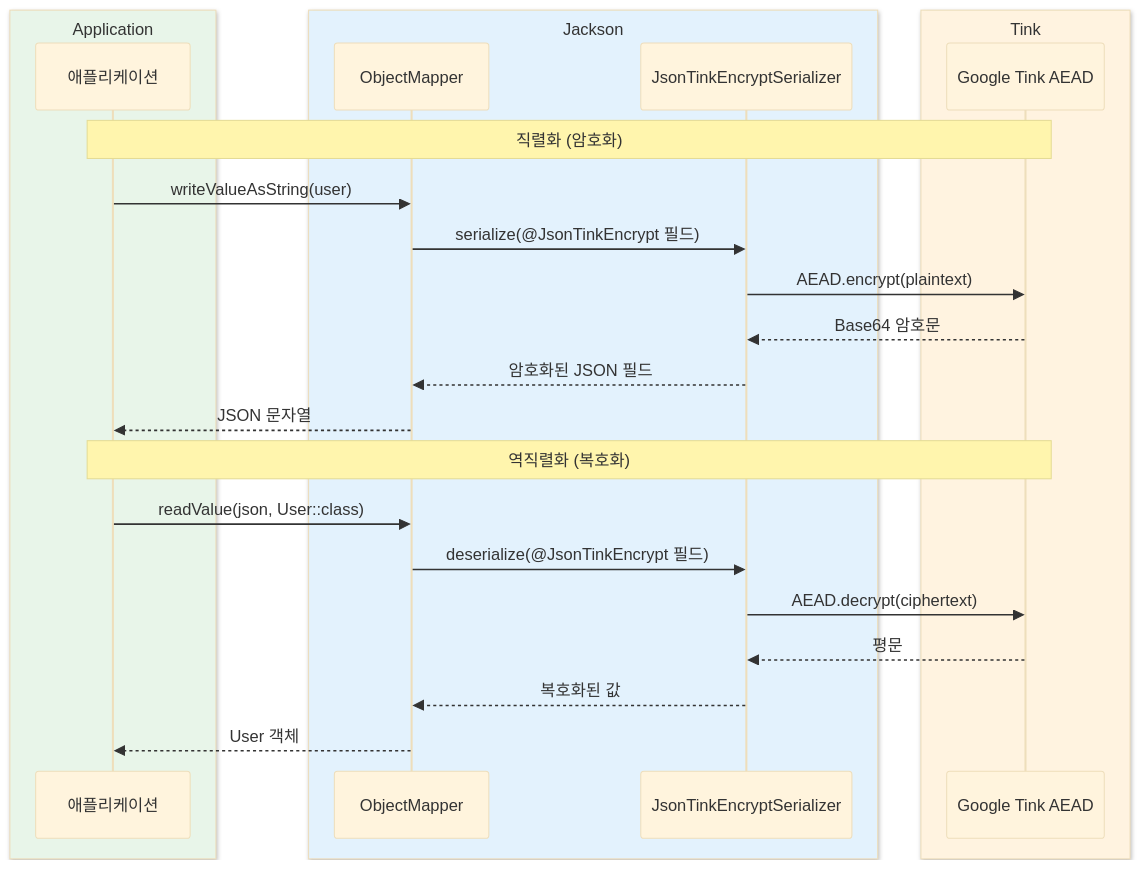
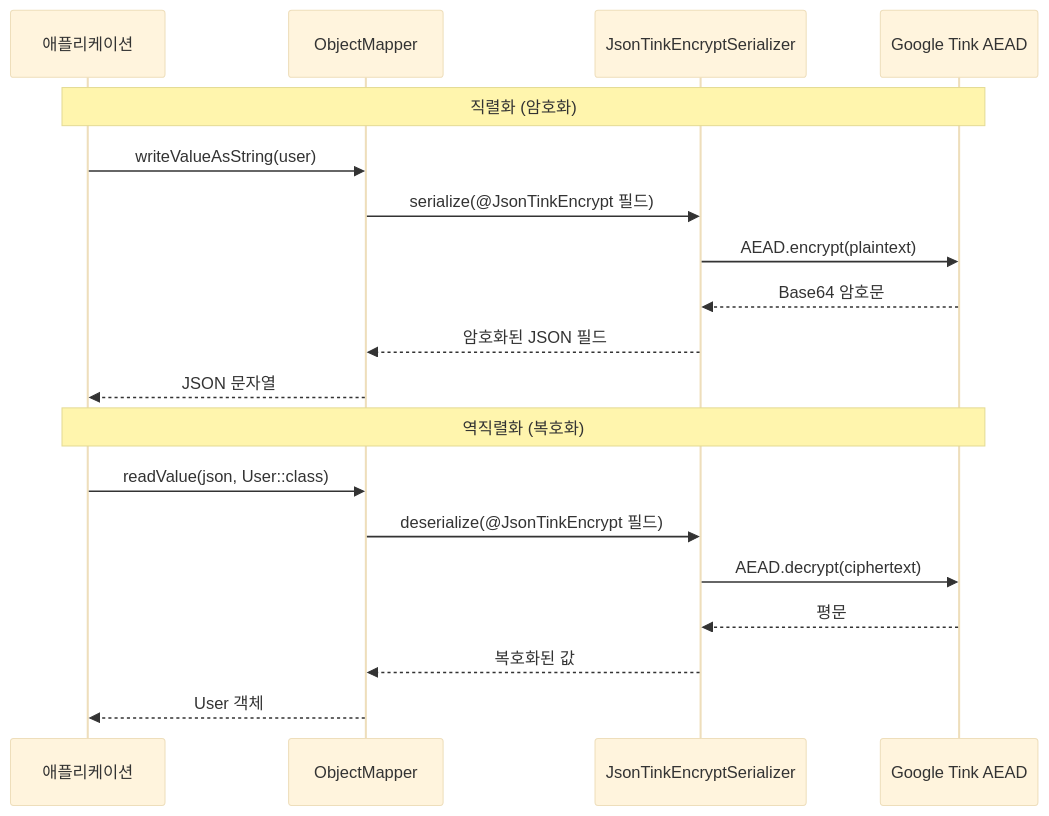
Before and after one commit to bluetape4k/bluetape4k-projects: the third of 3 diagrams in io/jackson2/README.ko.md, drawn with Mermaid (base theme). The commit also changed other lines of this file and 219 other files, not shown here.

First line of the commit message:
docs: 전체 README Mermaid 다이어그램 가이드 적용

````diff
--- a/io/jackson2/README.ko.md
+++ b/io/jackson2/README.ko.md
@@ -410,29 +410,23 @@
 ```mermaid
 sequenceDiagram
-    box rgb(232, 245, 233) Application
         participant 앱 as 애플리케이션
-    end
-    box rgb(227, 242, 253) Jackson
         participant M as ObjectMapper
         participant S as JsonTinkEncryptSerializer
-    end
-    box rgb(255, 243, 224) Tink
         participant T as Google Tink AEAD
-    end
 
     Note over 앱,T: 직렬화 (암호화)
     앱->>M: writeValueAsString(user)
     M->>S: serialize(@JsonTinkEncrypt 필드)
     S->>T: AEAD.encrypt(plaintext)
     T-->>S: Base64 암호문
     S-->>M: 암호화된 JSON 필드
     M-->>앱: JSON 문자열
 
     Note over 앱,T: 역직렬화 (복호화)
     앱->>M: readValue(json, User::class)
     M->>S: deserialize(@JsonTinkEncrypt 필드)
     S->>T: AEAD.decrypt(ciphertext)
     T-->>S: 평문
     S-->>M: 복호화된 값
     M-->>앱: User 객체
 ```
````
